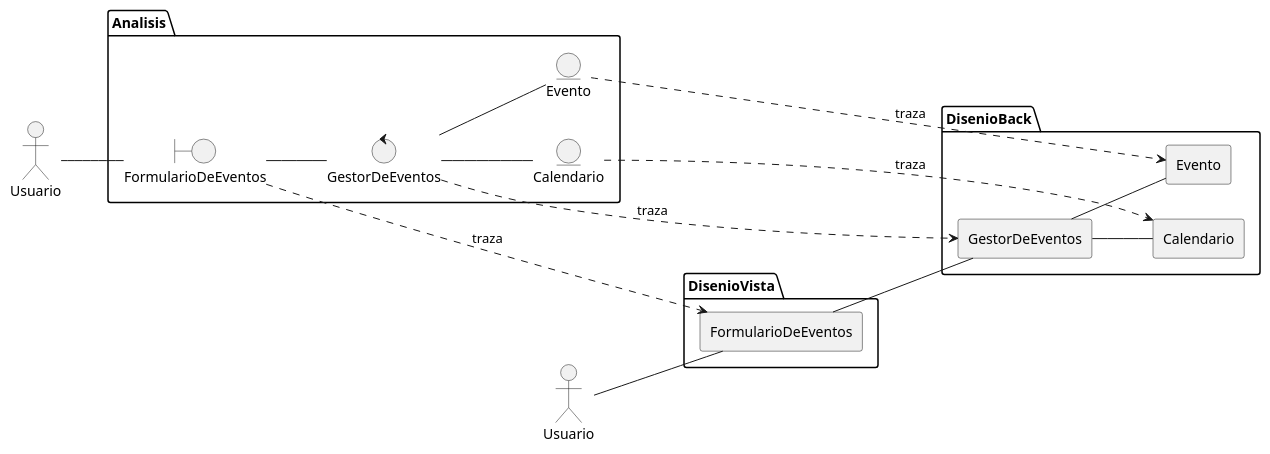
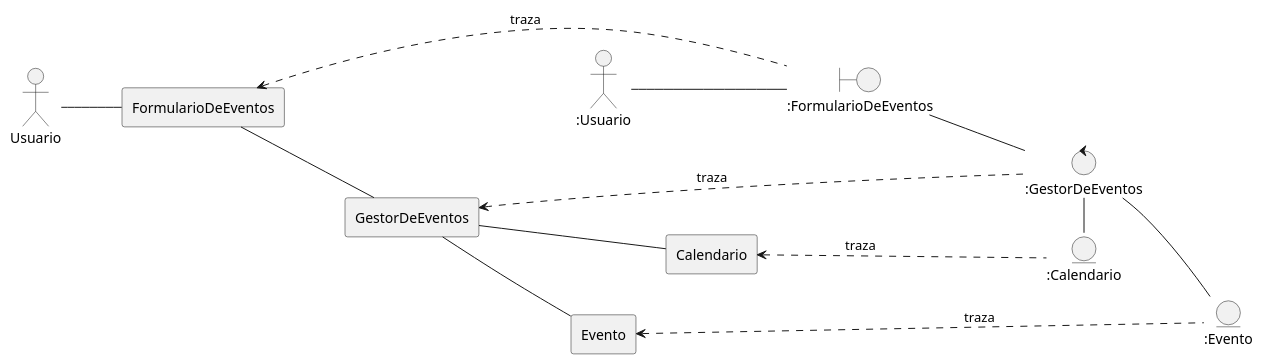
The diagram in docs/designView/DisciplinaDeDisenio/DiagramaDeTrazaPublicarEvento.plantuml (Andreinalcm/Proyecto_de_inge_grupo4), drawn with PlantUML before and after one commit. The commit also changed 12 other files, not shown here.

Commit message:
Diagramas de traza en disciplina de diseño

```diff
--- a/docs/designView/DisciplinaDeDisenio/DiagramaDeTrazaPublicarEvento.plantuml
+++ b/docs/designView/DisciplinaDeDisenio/DiagramaDeTrazaPublicarEvento.plantuml
@@ -1,43 +1,37 @@
-@startuml Diagrama de secuencia UC3 Publicar un evento
+@startuml UC3 Publicar evento
 
 left to right direction
 
-Actor "Usuario" as u
-Actor "Usuario" as user
-package "DisenioVista"{
-agent FormularioDeEventos as DFE
+'Analisis
+Actor ":Usuario" as u
+boundary ":FormularioDeEventos" as form
+control ":GestorDeEventos" as gestor
+entity ":Evento" as event 
+entity ":Calendario" as c
 
-}
-
-package "DisenioBack"{
-    agent GestorDeEventos as DGE
-    agent  "Evento" as devent 
-    agent "Calendario" as dcal
-    DGE -- devent
-    DGE -- dcal
-    DFE -- DGE
-}
-
-package Analisis{
-
-Actor "Usuario" as u
-
-boundary "FormularioDeEventos" as form
-control "GestorDeEventos" as gestor
-
-entity "Evento" as event 
-entity "Calendario" as c
-
-  u-- form
+'Relaciones analisis
+u-- form
 form -- gestor 
 gestor -- event
-gestor -- c
-}
+gestor -right- c
 
+'Diseño
+Actor "Usuario" as user
+agent FormularioDeEventos as DFE
+agent  "Evento" as devent 
+agent "Calendario" as dcal
+agent GestorDeEventos as DGE
+    
+'Relaciones diseño
 user -- DFE
-form ....> DFE: traza
-gestor ....> DGE: traza
-event ....> devent: traza
-c ....> dcal: traza
+DGE -- dcal
+DGE -- devent
+DFE -- DGE
+
+'Trazas
+DFE <.... form : traza
+DGE <.. gestor : traza
+dcal <.. c : traza
+devent <.... event : traza
 
 @enduml
```
